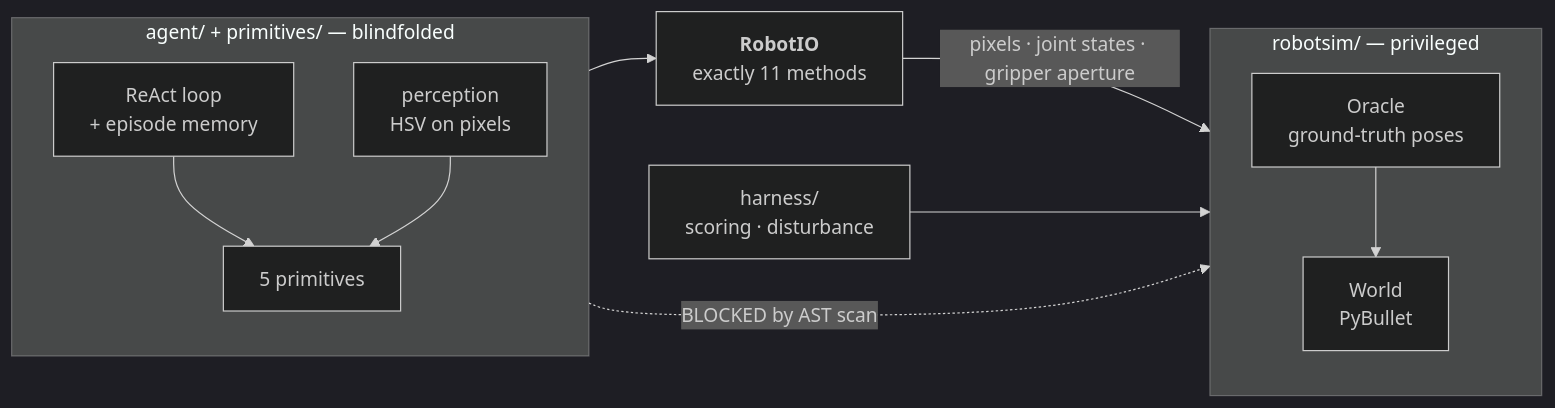
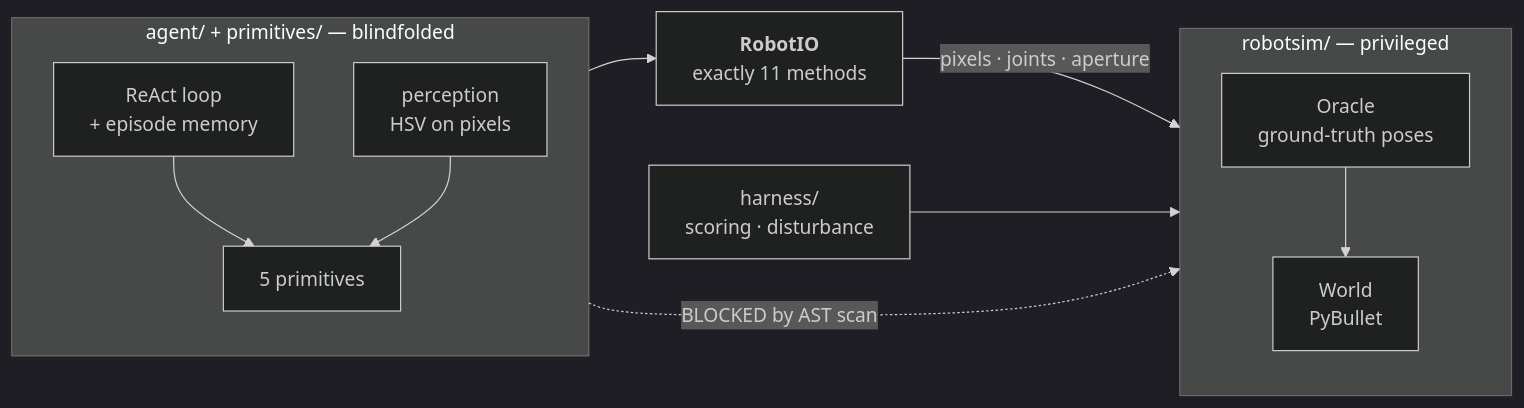
The third of 3 diagrams in README.md (namanbansalcodes/agentic-robot-arm), drawn with Mermaid (dark theme) before and after one commit. The commit also changed other lines of this file and 15 other files, not shown here.

````diff
--- a/README.md
+++ b/README.md
@@ -135,23 +163,23 @@
 ```mermaid
 flowchart LR
   subgraph BLIND["agent/ + primitives/ — blindfolded"]
     direction TB
     LOOP["ReAct loop<br/>+ episode memory"]
     PRIM["5 primitives"]
     PERC["perception<br/>HSV on pixels"]
   end
   FACADE["<b>RobotIO</b><br/>exactly 11 methods"]
   subgraph PRIV["robotsim/ — privileged"]
     direction TB
     WORLD["World<br/>PyBullet"]
     ORACLE["Oracle<br/>ground-truth poses"]
   end
   JUDGE["harness/<br/>scoring · disturbance"]
   LOOP --> PRIM
   PERC --> PRIM
   PRIM --> FACADE
-  FACADE -->|"pixels · joint states · gripper aperture"| WORLD
+  FACADE -->|"pixels · joints · aperture"| WORLD
   JUDGE --> ORACLE
   ORACLE --> WORLD
   LOOP -. "BLOCKED by AST scan" .-> ORACLE
 ```
````
